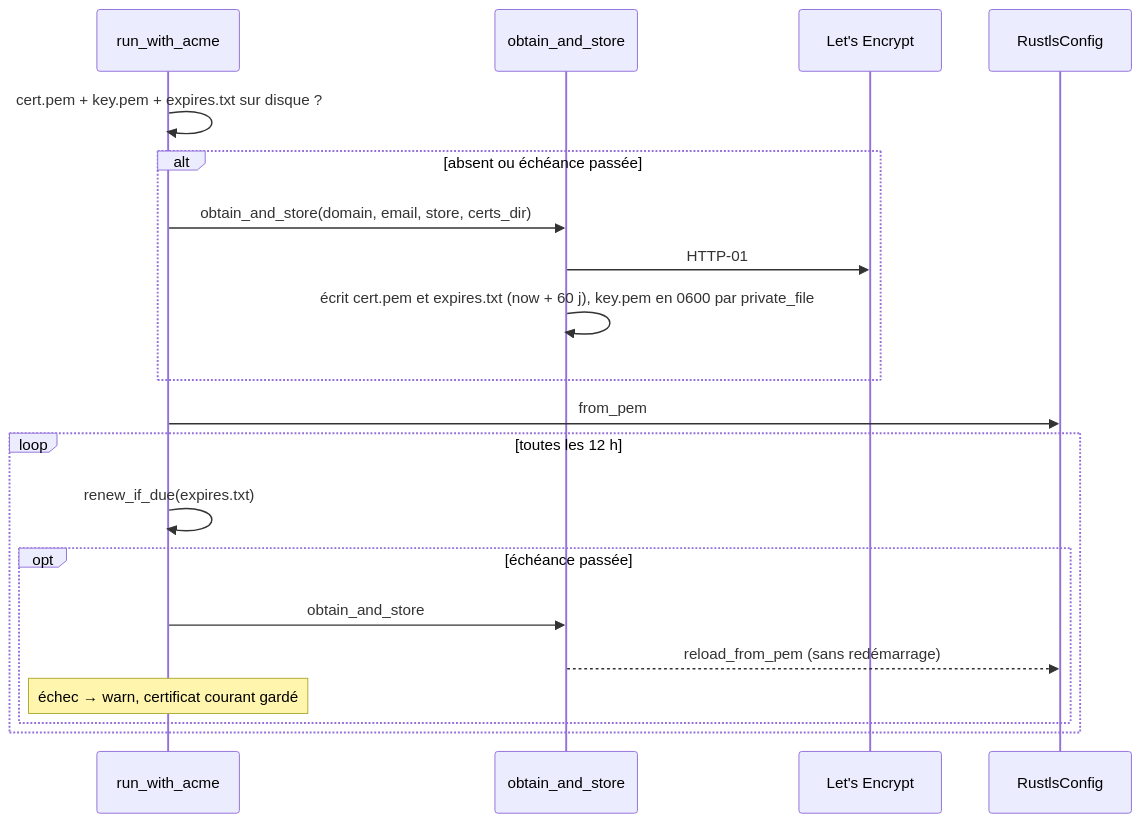
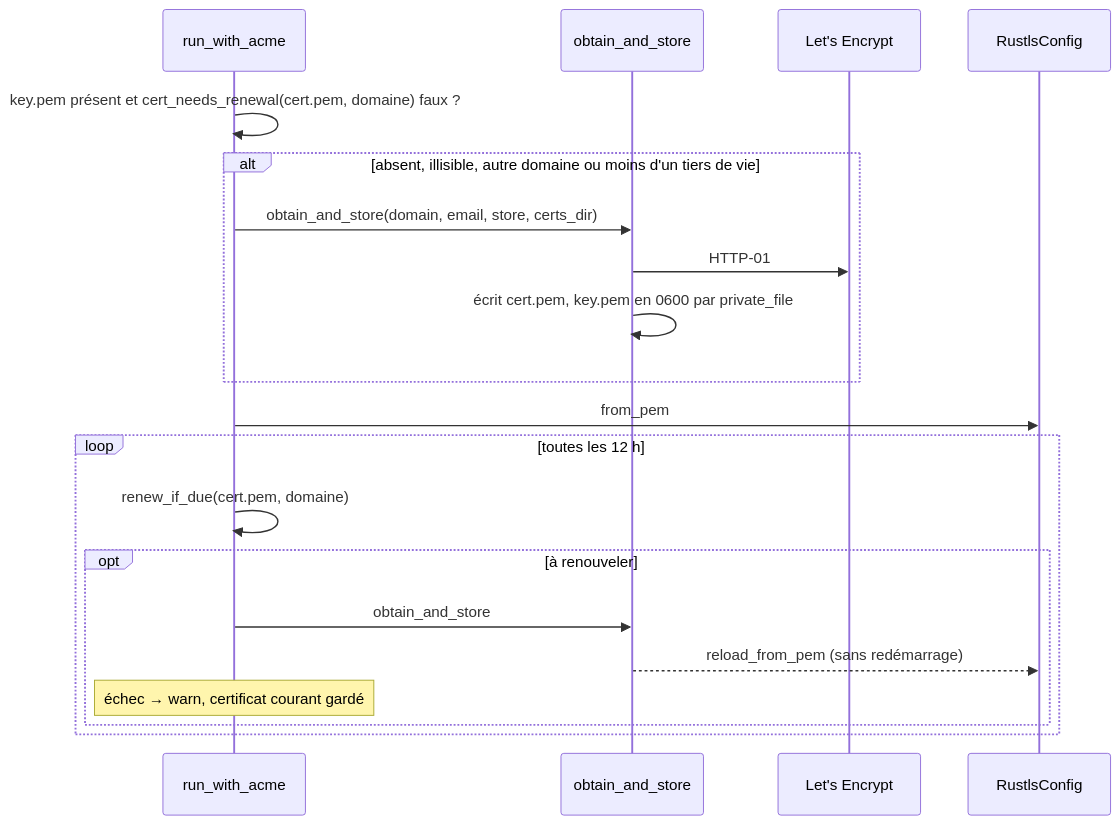
The third of 4 diagrams in diagramme/uml/app/builder-staging.md (seb-alliot/runique), drawn with Mermaid before and after one commit. The commit also changed 8 other files, not shown here.

````diff
--- a/diagramme/uml/app/builder-staging.md
+++ b/diagramme/uml/app/builder-staging.md
@@ -85,23 +85,23 @@
 ```mermaid
 sequenceDiagram
     participant R as run_with_acme
     participant O as obtain_and_store
     participant LE as Let's Encrypt
     participant TLS as RustlsConfig
 
-    R->>R: cert.pem + key.pem + expires.txt sur disque ?
-    alt absent ou échéance passée
+    R->>R: key.pem présent et cert_needs_renewal(cert.pem, domaine) faux ?
+    alt absent, illisible, autre domaine ou moins d'un tiers de vie
         R->>O: obtain_and_store(domain, email, store, certs_dir)
         O->>LE: HTTP-01
-        O->>O: écrit cert.pem et expires.txt (now + 60 j), key.pem en 0600 par private_file
+        O->>O: écrit cert.pem, key.pem en 0600 par private_file
     end
     R->>TLS: from_pem
     loop toutes les 12 h
-        R->>R: renew_if_due(expires.txt)
-        opt échéance passée
+        R->>R: renew_if_due(cert.pem, domaine)
+        opt à renouveler
             R->>O: obtain_and_store
             O-->>TLS: reload_from_pem (sans redémarrage)
             Note over R: échec → warn, certificat courant gardé
         end
     end
 ```
````
